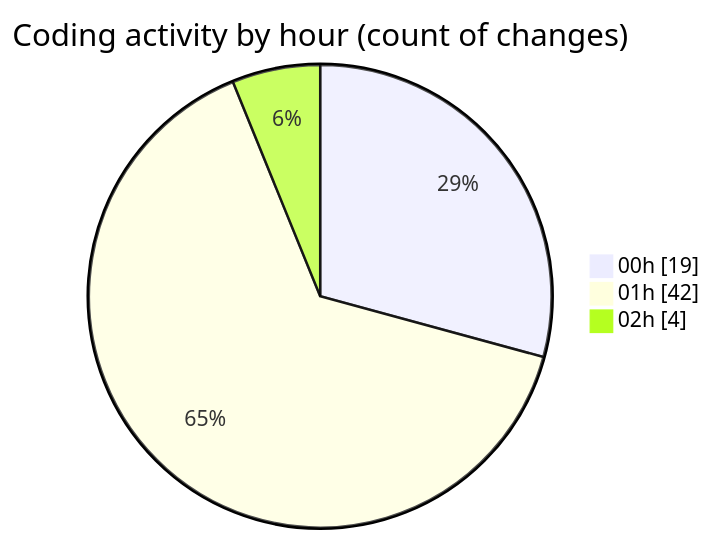
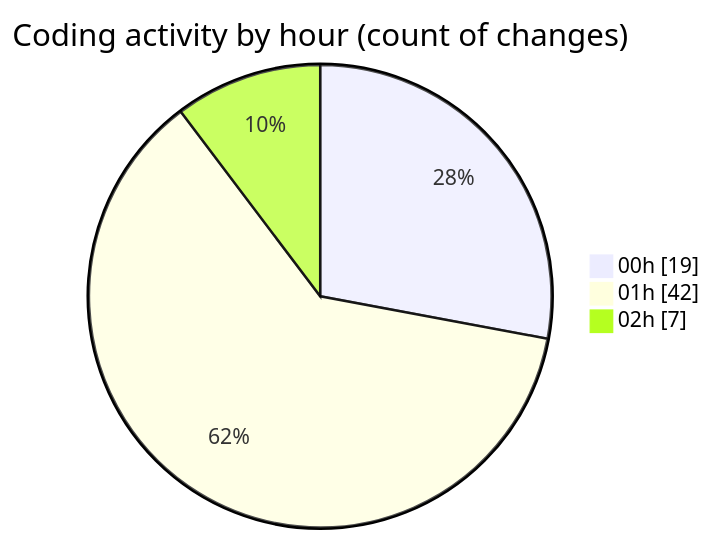
One commit to momahboobian/code-tracking changed the second of 2 diagrams in 2025-02-23/pdf-analysis-app/README.md. Above: the diagram before and after it, drawn with Mermaid. The commit also changed other lines of this file and 1 other file, not shown here.

````diff
--- a/2025-02-23/pdf-analysis-app/README.md
+++ b/2025-02-23/pdf-analysis-app/README.md
@@ -41,7 +43,7 @@
 ```mermaid
 pie showData
 title Coding activity by hour (count of changes)
 "00h" : 19
 "01h" : 42
-"02h" : 4
+"02h" : 7
 ```
````
